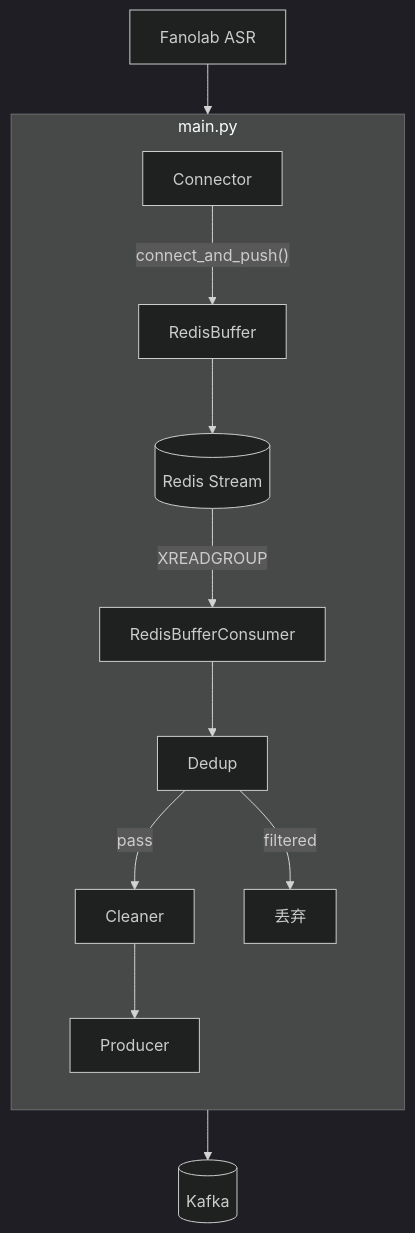
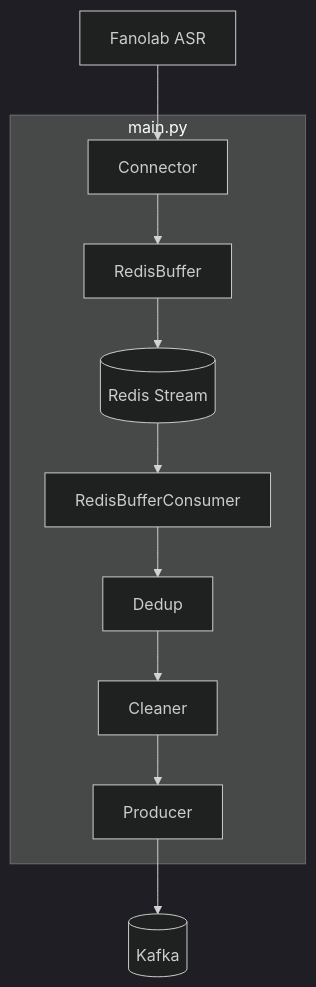
Before and after one commit to xiaodouya001/transcribe_service: the second of 2 diagrams in README.md, drawn with Mermaid (dark theme). The commit also changed other lines of this file and 54 other files, not shown here.

````diff
--- a/README.md
+++ b/README.md
@@ -59,21 +57,19 @@
 ```mermaid
 flowchart TB
     subgraph Main [main.py]
-        direction TB
         Connector[Connector]
         Buffer[RedisBuffer]
         Consumer[RedisBufferConsumer]
         Dedup[Dedup]
         Cleaner[Cleaner]
         Producer[Producer]
-        Connector -->|"connect_and_push()"| Buffer
+        Connector --> Buffer
         Buffer --> Redis[(Redis Stream)]
-        Redis -->|"XREADGROUP"| Consumer
+        Redis --> Consumer
         Consumer --> Dedup
-        Dedup -->|"pass"| Cleaner
+        Dedup --> Cleaner
         Cleaner --> Producer
-        Dedup -->|"filtered"| Drop[丢弃]
     end
     ASR[Fanolab ASR] --> Connector
     Producer --> Kafka[(Kafka)]
 ```
````
